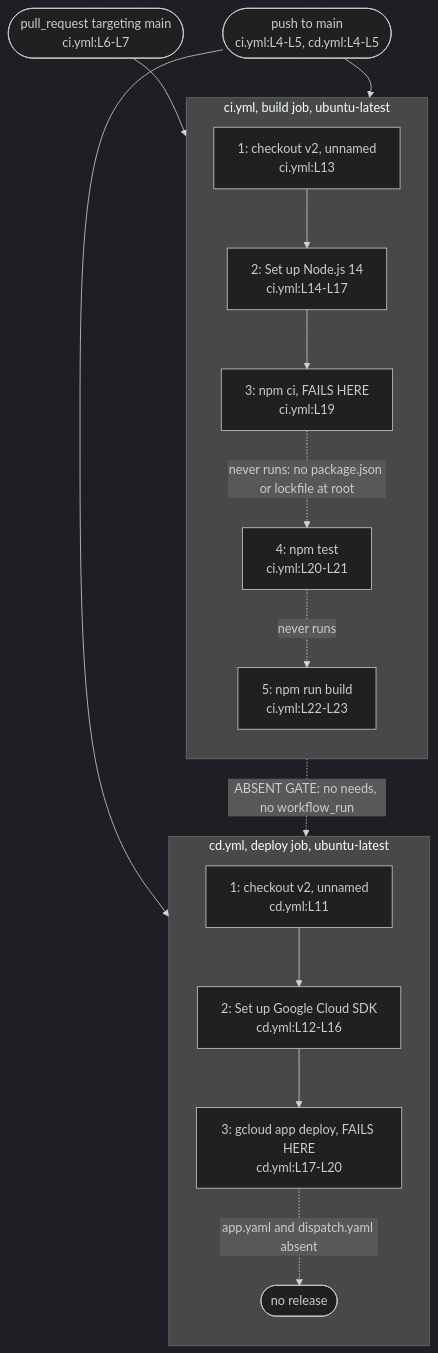
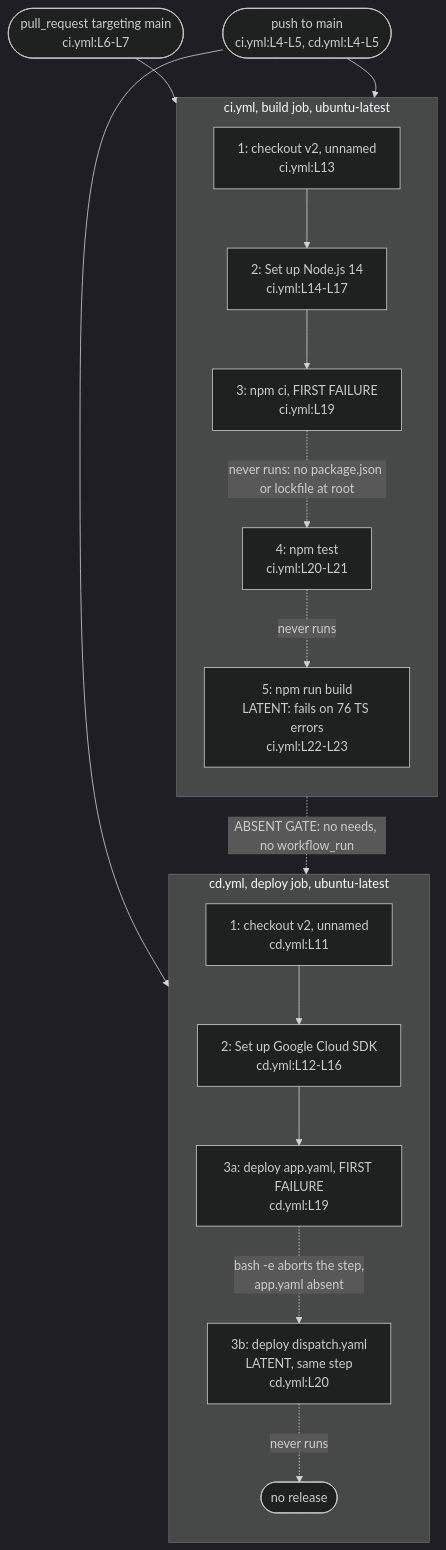
The diagram in .github/workflows/README.md (blitzy-public-samples/microsoft-word-u33ko0), drawn with Mermaid (dark theme) before and after one commit. The commit also changed other lines of this file and 53 other files, not shown here.

````diff
--- a/.github/workflows/README.md
+++ b/.github/workflows/README.md
@@ -90,31 +96,30 @@
 ```mermaid
 flowchart TB
     PR(["pull_request targeting main<br/>ci.yml:L6-L7"])
     PUSH(["push to main<br/>ci.yml:L4-L5, cd.yml:L4-L5"])
-
     subgraph CIJOB["ci.yml, build job, ubuntu-latest"]
         direction TB
         C1["1: checkout v2, unnamed<br/>ci.yml:L13"]
         C2["2: Set up Node.js 14<br/>ci.yml:L14-L17"]
-        C3["3: npm ci, FAILS HERE<br/>ci.yml:L19"]
+        C3["3: npm ci, FIRST FAILURE<br/>ci.yml:L19"]
         C4["4: npm test<br/>ci.yml:L20-L21"]
-        C5["5: npm run build<br/>ci.yml:L22-L23"]
+        C5["5: npm run build<br/>LATENT: fails on 76 TS errors<br/>ci.yml:L22-L23"]
         C1 --> C2 --> C3
         C3 -.->|"never runs: no package.json or lockfile at root"| C4
         C4 -.->|"never runs"| C5
     end
-
     subgraph CDJOB["cd.yml, deploy job, ubuntu-latest"]
         direction TB
         D1["1: checkout v2, unnamed<br/>cd.yml:L11"]
         D2["2: Set up Google Cloud SDK<br/>cd.yml:L12-L16"]
-        D3["3: gcloud app deploy, FAILS HERE<br/>cd.yml:L17-L20"]
+        D3["3a: deploy app.yaml, FIRST FAILURE<br/>cd.yml:L19"]
+        D4["3b: deploy dispatch.yaml<br/>LATENT, same step<br/>cd.yml:L20"]
         D1 --> D2 --> D3
-        D3 -.->|"app.yaml and dispatch.yaml absent"| NONE(["no release"])
+        D3 -.->|"bash -e aborts the step,<br/>app.yaml absent"| D4
+        D4 -.->|"never runs"| NONE(["no release"])
     end
-
     PR --> C1
     PUSH --> C1
     PUSH --> D1
     C5 -.->|"ABSENT GATE: no needs, no workflow_run"| D1
 ```
````
